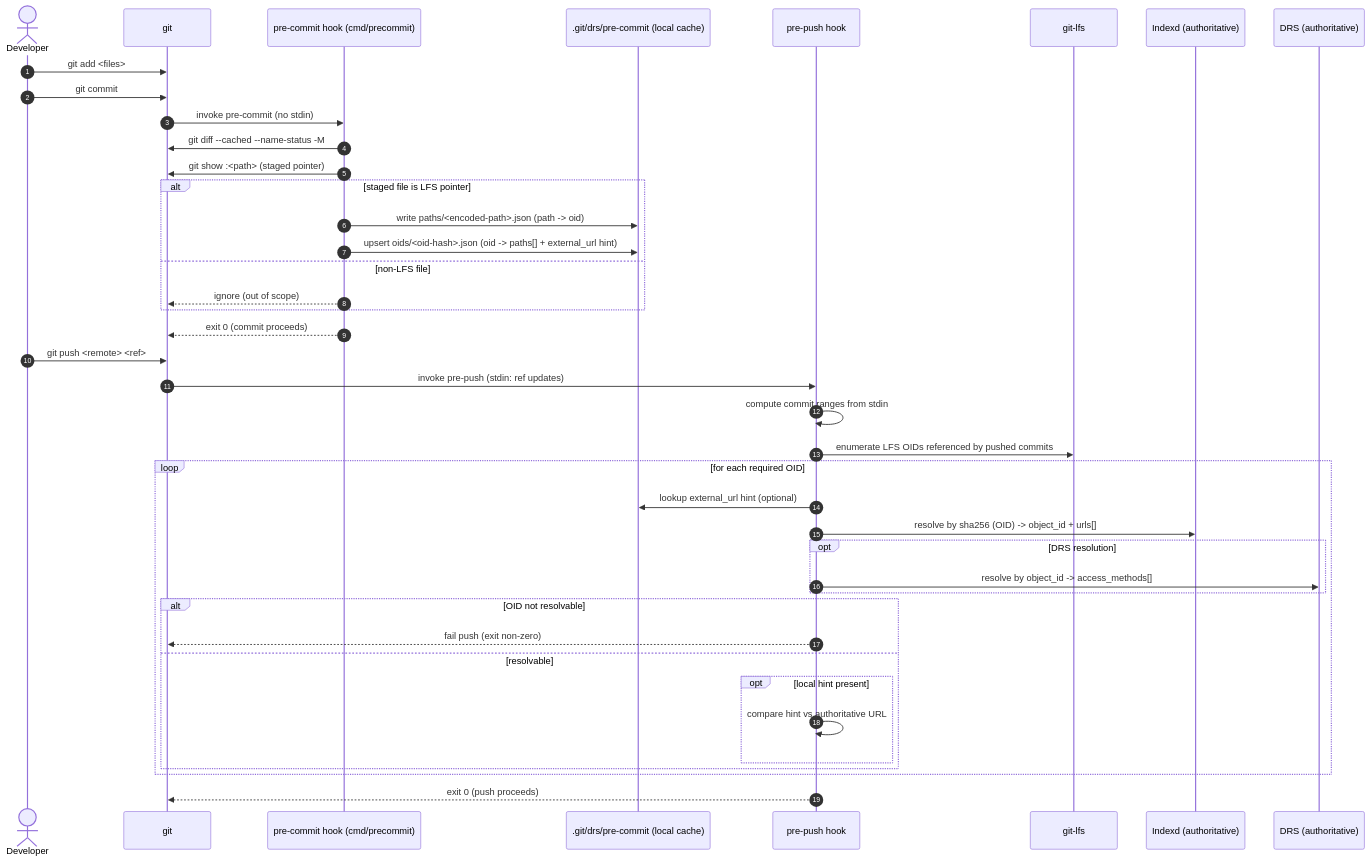
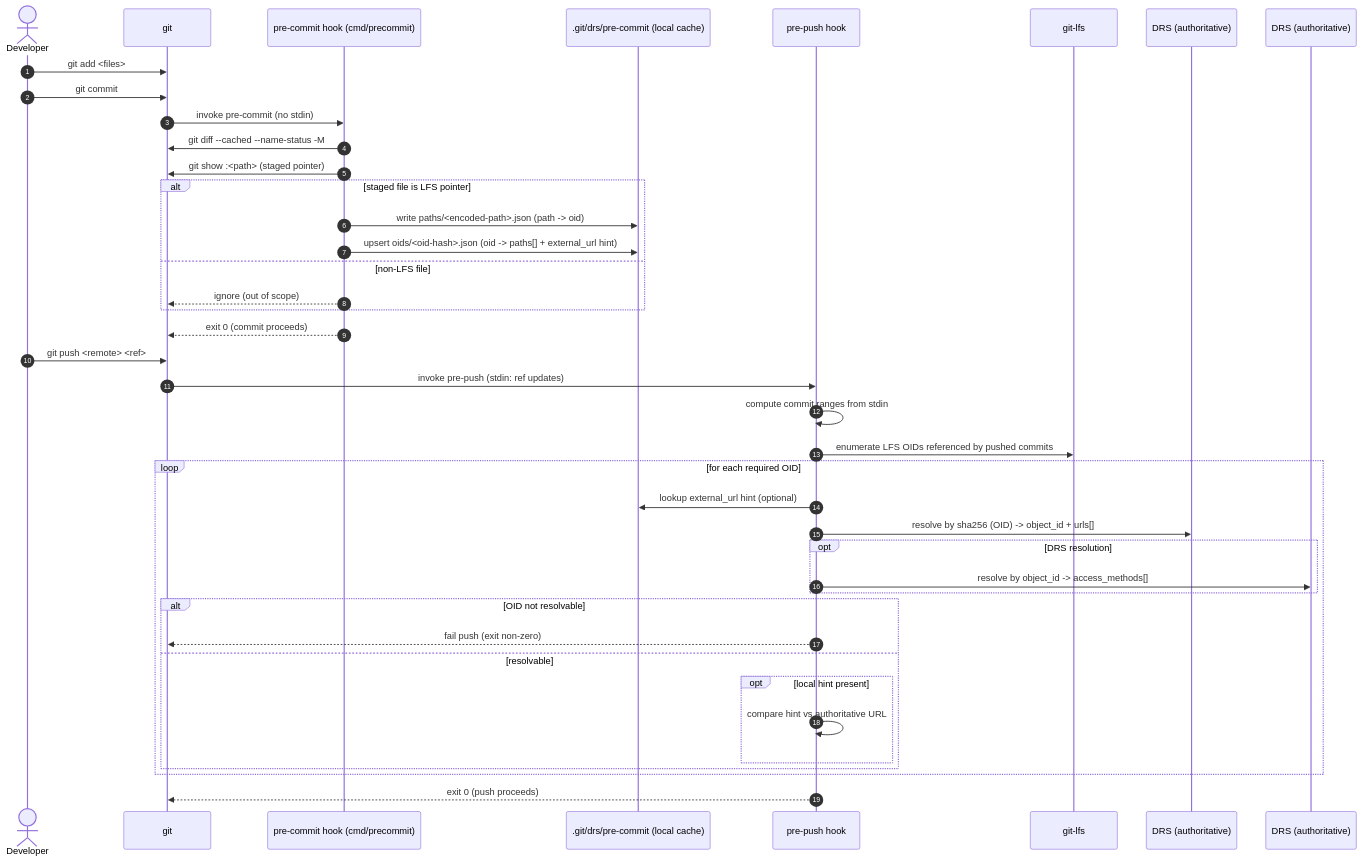
The diagram in docs/precommit.md (calypr/git-drs), drawn with Mermaid before and after one commit. The commit also changed other lines of this file and 89 other files, not shown here.

Commit message:
update git drs to work with updated drs server architecture

````diff
--- a/docs/precommit.md
+++ b/docs/precommit.md
@@ -372,46 +372,46 @@
 ```mermaid
 sequenceDiagram
   autonumber
   actor Dev as Developer
   participant Git as git
   participant PC as pre-commit hook (cmd/precommit)
   participant Cache as .git/drs/pre-commit (local cache)
   participant PP as pre-push hook
   participant LFS as git-lfs
-  participant IDX as Indexd (authoritative)
+  participant IDX as DRS (authoritative)
   participant DRS as DRS (authoritative)
 
   Dev->>Git: git add <files>
   Dev->>Git: git commit
 
   Git->>PC: invoke pre-commit (no stdin)
   PC->>Git: git diff --cached --name-status -M
   PC->>Git: git show :<path> (staged pointer)
   alt staged file is LFS pointer
     PC->>Cache: write paths/<encoded-path>.json (path -> oid)
     PC->>Cache: upsert oids/<oid-hash>.json (oid -> paths[] + external_url hint)
   else non-LFS file
     PC-->>Git: ignore (out of scope)
   end
   PC-->>Git: exit 0 (commit proceeds)
 
   Dev->>Git: git push <remote> <ref>
   Git->>PP: invoke pre-push (stdin: ref updates)
   PP->>PP: compute commit ranges from stdin
   PP->>LFS: enumerate LFS OIDs referenced by pushed commits
   loop for each required OID
     PP->>Cache: lookup external_url hint (optional)
     PP->>IDX: resolve by sha256 (OID) -> object_id + urls[]
     opt DRS resolution
       PP->>DRS: resolve by object_id -> access_methods[]
     end
     alt OID not resolvable
       PP-->>Git: fail push (exit non-zero)
     else resolvable
       opt local hint present
         PP->>PP: compare hint vs authoritative URL
       end
     end
   end
   PP-->>Git: exit 0 (push proceeds)
 ```
````
